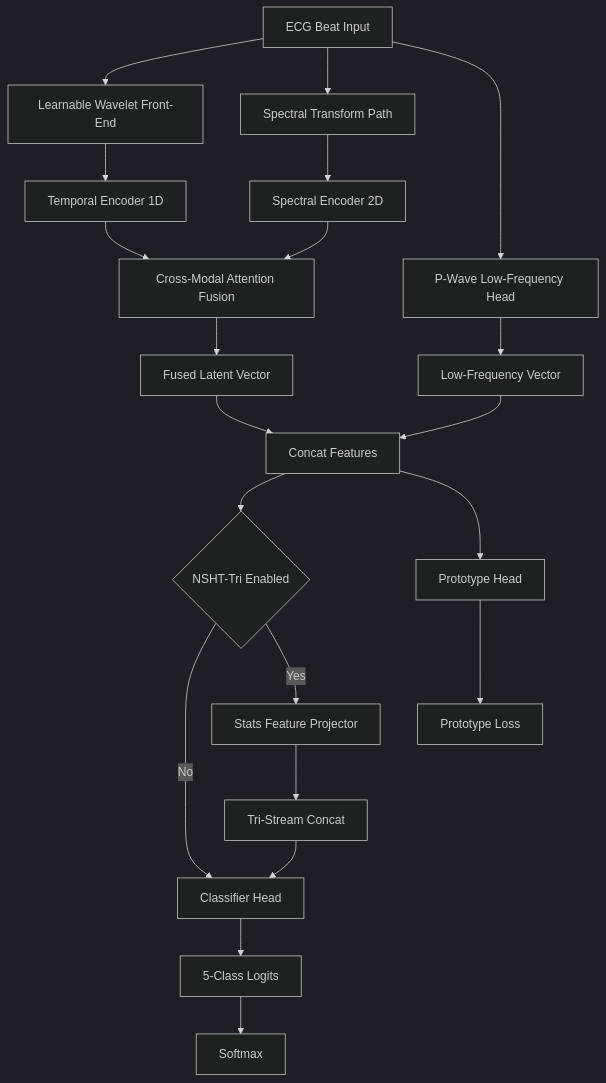
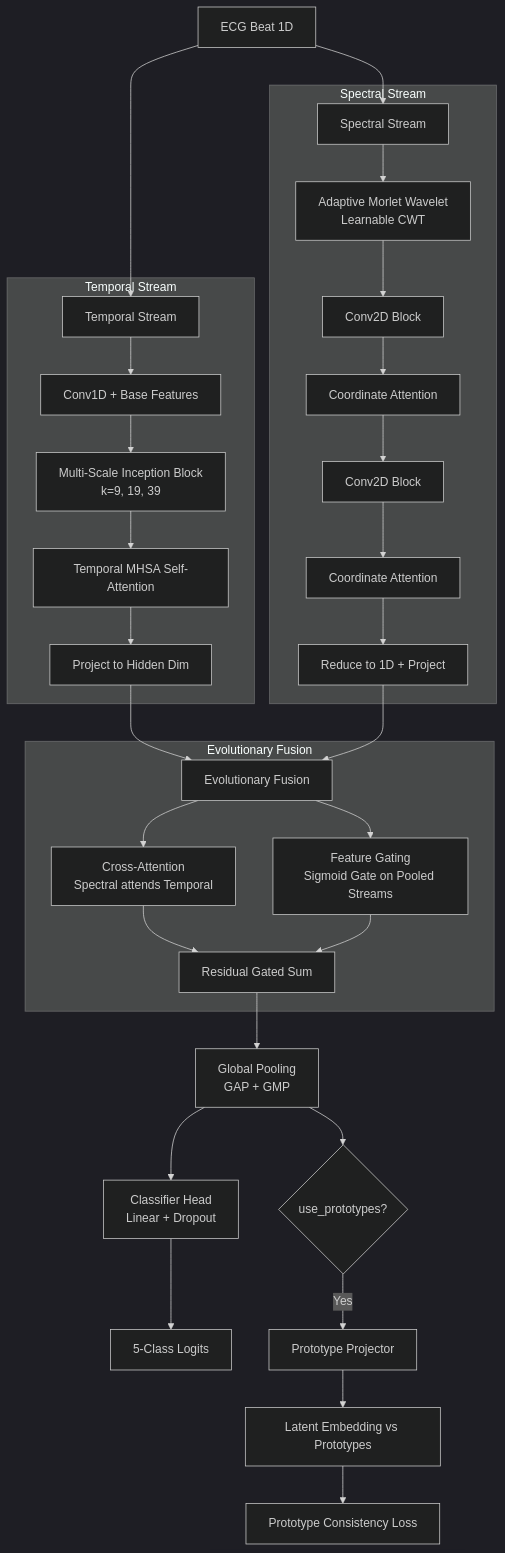
Before and after one commit to HardikNegi9/Guide: the first of 2 diagrams in NSHT_ARCHITECTURE.md, drawn with Mermaid (dark theme). The commit also changed other lines of this file and 5 other files, not shown here.

````diff
--- a/NSHT_ARCHITECTURE.md
+++ b/NSHT_ARCHITECTURE.md
@@ -455,29 +441,40 @@
 ```mermaid
 flowchart TD
-  A[ECG Beat Input] --> B[Learnable Wavelet Front-End]
-  A --> C[Spectral Transform Path]
-  A --> D[P-Wave Low-Frequency Head]
+  A[ECG Beat 1D] --> B1[Temporal Stream]
+  A --> B2[Spectral Stream]
 
-  B --> E[Temporal Encoder 1D]
-  C --> F[Spectral Encoder 2D]
+  subgraph Temporal Stream
+    B1 --> C1[Conv1D + Base Features]
+    C1 --> C2[Multi-Scale Inception Block \n k=9, 19, 39]
+    C2 --> C3[Temporal MHSA Self-Attention]
+    C3 --> C4[Project to Hidden Dim]
+  end
 
-  E --> G[Cross-Modal Attention Fusion]
-  F --> G
+  subgraph Spectral Stream
+    B2 --> D1[Adaptive Morlet Wavelet\nLearnable CWT]
+    D1 --> D2[Conv2D Block]
+    D2 --> D3[Coordinate Attention]
+    D3 --> D4[Conv2D Block]
+    D4 --> D5[Coordinate Attention]
+    D5 --> D6[Reduce to 1D + Project]
+  end
 
-  G --> H[Fused Latent Vector]
-  D --> I[Low-Frequency Vector]
+  C4 --> E[Evolutionary Fusion]
+  D6 --> E
 
-  H --> J[Concat Features]
-  I --> J
+  subgraph Evolutionary Fusion
+    E --> F1[Cross-Attention\nSpectral attends Temporal]
+    E --> F2[Feature Gating\nSigmoid Gate on Pooled Streams]
+    F1 --> F3[Combine Streams]
+    F2 --> F3[Residual Gated Sum]
+  end
 
-  J --> K{NSHT-Tri Enabled}
-  K -->|No| L[Classifier Head]
-  K -->|Yes| M[Stats Feature Projector]
-  M --> N[Tri-Stream Concat]
-  N --> L
-
-  L --> O[5-Class Logits]
-  O --> P[Softmax]
-  J --> Q[Prototype Head]
-  Q --> R[Prototype Loss]
+  F3 --> G[Global Pooling \n GAP + GMP]
+  G --> H[Classifier Head \n Linear + Dropout]
+  H --> I[5-Class Logits]
+  
+  G --> J{use_prototypes?}
+  J -->|Yes| K[Prototype Projector]
+  K --> L[Latent Embedding vs Prototypes]
+  L --> M[Prototype Consistency Loss]
 ```
````
